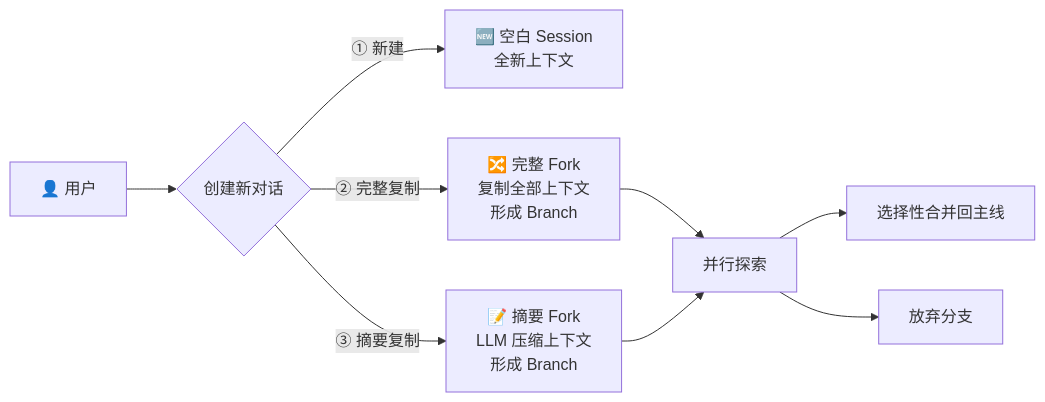
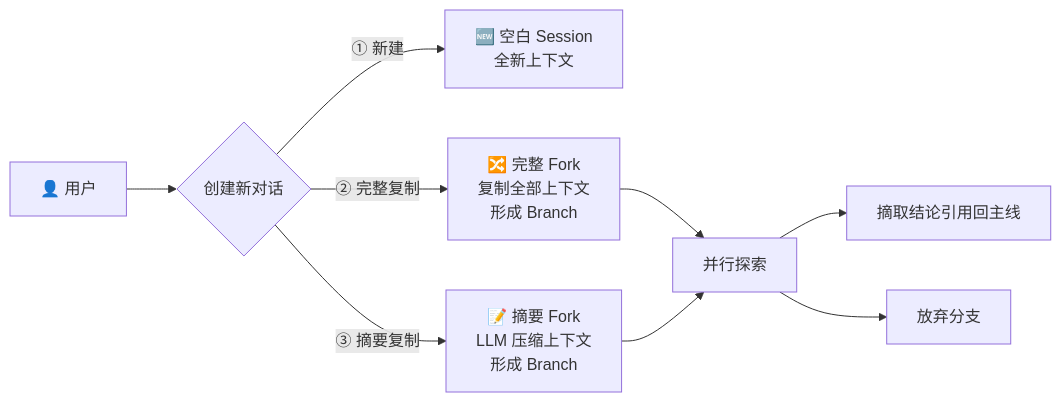
One commit to liulinlin718-netizen/TAgent changed the fifth of 9 diagrams in implementation_plan.md. Above: the diagram before and after it, drawn with Mermaid. The commit also changed other lines of this file and 484 other files, not shown here.

````diff
--- a/implementation_plan.md
+++ b/implementation_plan.md
@@ -291,12 +423,12 @@
 ```mermaid
 flowchart LR
     USER["👤 用户"] --> CREATE{"创建新对话"}
     CREATE -->|"① 新建"| NEW["🆕 空白 Session<br/>全新上下文"]
     CREATE -->|"② 完整复制"| FORK["🔀 完整 Fork<br/>复制全部上下文<br/>形成 Branch"]
     CREATE -->|"③ 摘要复制"| SFORK["📝 摘要 Fork<br/>LLM 压缩上下文<br/>形成 Branch"]
     
     FORK --> BRANCH["并行探索"]
     SFORK --> BRANCH
-    BRANCH --> MERGE["选择性合并回主线"]
+    BRANCH --> MERGE["摘取结论引用回主线"]
     BRANCH --> ABANDON["放弃分支"]
 ```
````
